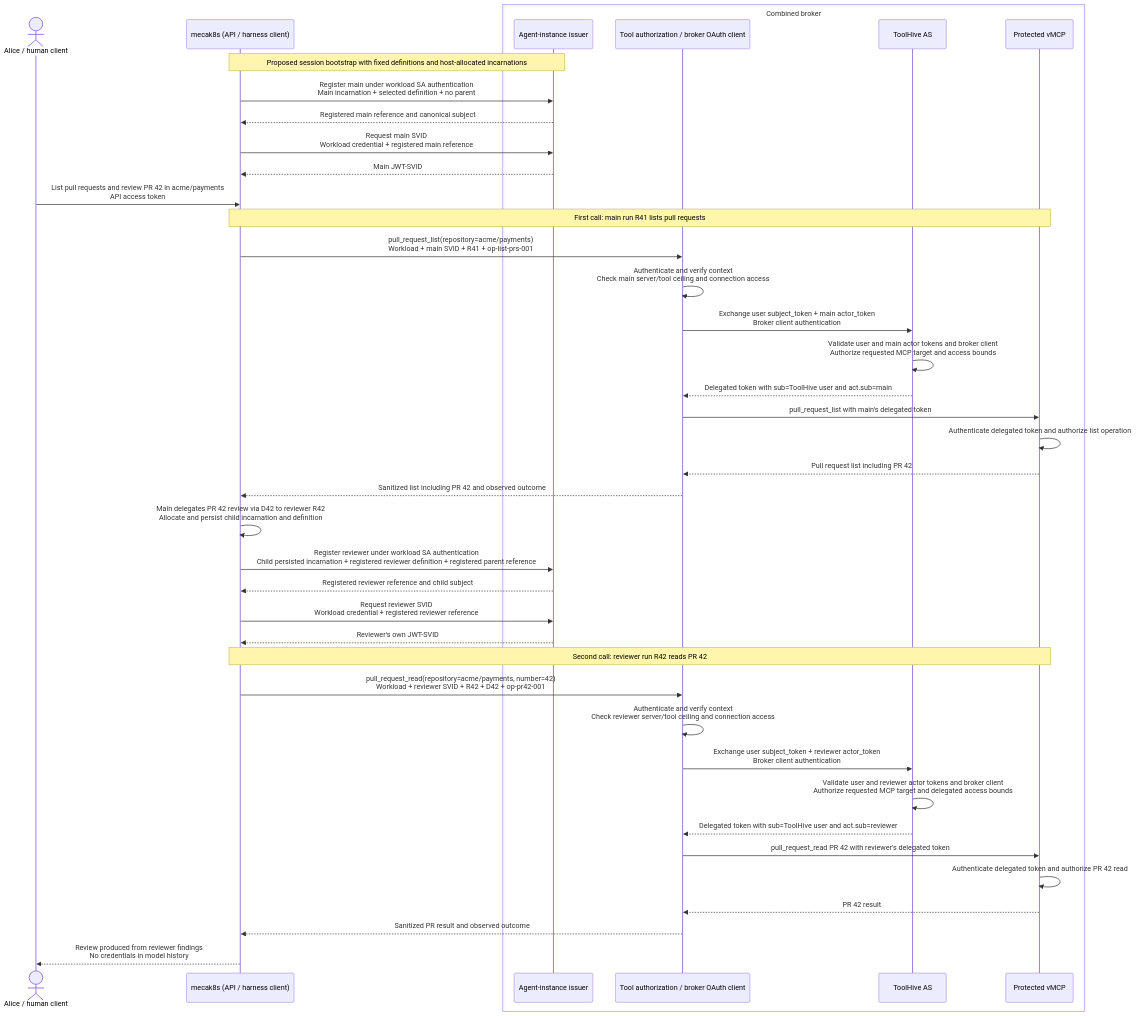
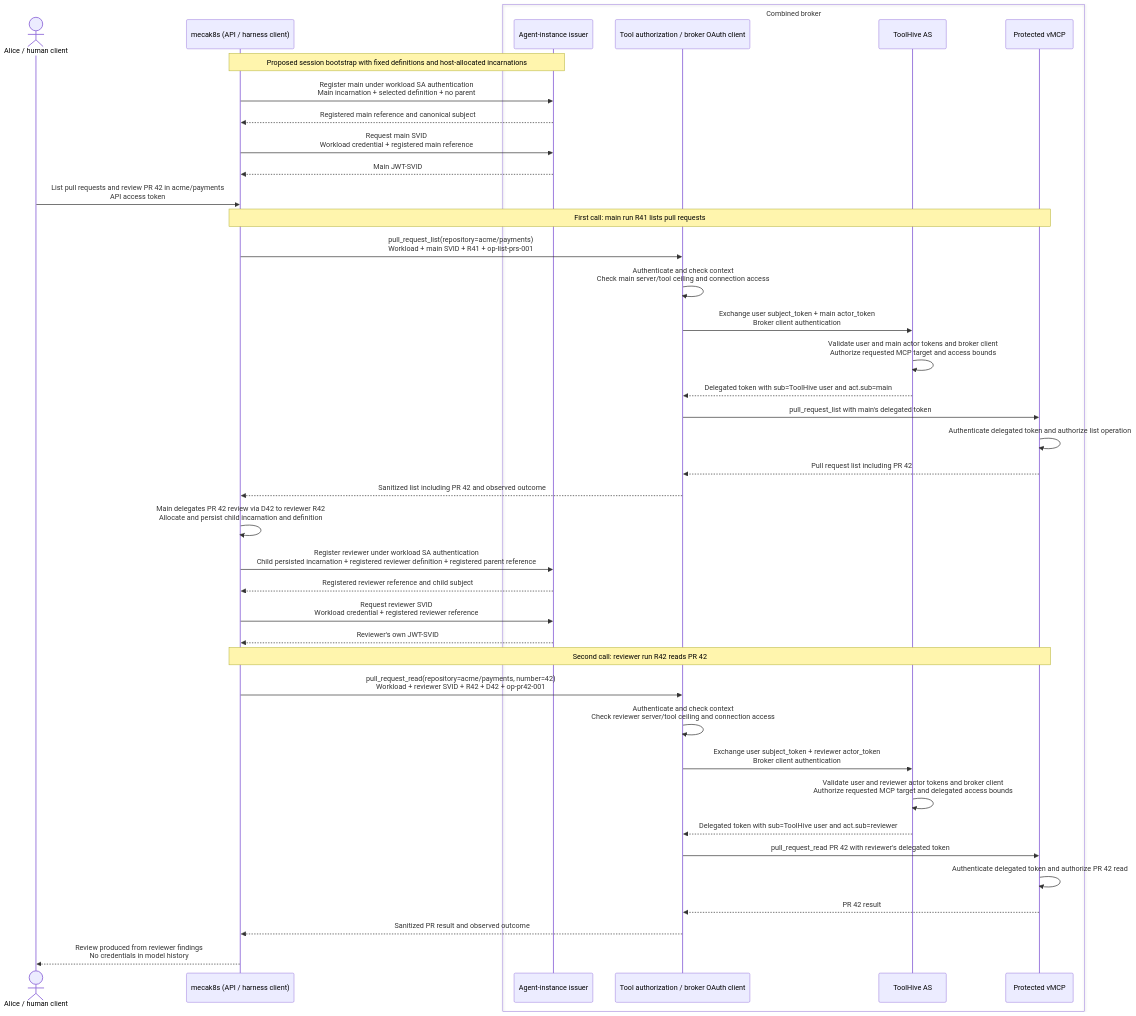
The diagram in docs/drafts/agent-identity/credentials-and-lifecycle.md (stacklok/mecatl), drawn with Mermaid before and after one commit. The commit also changed other lines of this file and 6 other files, not shown here.

````diff
--- a/docs/drafts/agent-identity/credentials-and-lifecycle.md
+++ b/docs/drafts/agent-identity/credentials-and-lifecycle.md
@@ -37,47 +37,47 @@
 ```mermaid
 sequenceDiagram
     actor U as Alice / human client
     participant H as mecak8s (API / harness client)
     box Combined broker
         participant I as Agent-instance issuer
         participant B as Tool authorization / broker OAuth client
         participant A as ToolHive AS
         participant V as Protected vMCP
     end
 
     Note over H,I: Proposed session bootstrap with fixed definitions and host-allocated incarnations
     H->>I: Register main under workload SA authentication<br/>Main incarnation + selected definition + no parent
     I-->>H: Registered main reference and canonical subject
     H->>I: Request main SVID<br/>Workload credential + registered main reference
     I-->>H: Main JWT-SVID
 
     U->>H: List pull requests and review PR 42 in acme/payments<br/>API access token
     Note over H,V: First call: main run R41 lists pull requests
     H->>B: pull_request_list(repository=acme/payments)<br/>Workload + main SVID + R41 + op-list-prs-001
-    B->>B: Authenticate and verify context<br/>Check main server/tool ceiling and connection access
+    B->>B: Authenticate and check context<br/>Check main server/tool ceiling and connection access
     B->>A: Exchange user subject_token + main actor_token<br/>Broker client authentication
     A->>A: Validate user and main actor tokens and broker client<br/>Authorize requested MCP target and access bounds
     A-->>B: Delegated token with sub=ToolHive user and act.sub=main
     B->>V: pull_request_list with main's delegated token
     V->>V: Authenticate delegated token and authorize list operation
     V-->>B: Pull request list including PR 42
     B-->>H: Sanitized list including PR 42 and observed outcome
 
     H->>H: Main delegates PR 42 review via D42 to reviewer R42<br/>Allocate and persist child incarnation and definition
     H->>I: Register reviewer under workload SA authentication<br/>Child persisted incarnation + registered reviewer definition + registered parent reference
     I-->>H: Registered reviewer reference and child subject
     H->>I: Request reviewer SVID<br/>Workload credential + registered reviewer reference
     I-->>H: Reviewer's own JWT-SVID
 
     Note over H,V: Second call: reviewer run R42 reads PR 42
     H->>B: pull_request_read(repository=acme/payments, number=42)<br/>Workload + reviewer SVID + R42 + D42 + op-pr42-001
-    B->>B: Authenticate and verify context<br/>Check reviewer server/tool ceiling and connection access
+    B->>B: Authenticate and check context<br/>Check reviewer server/tool ceiling and connection access
     B->>A: Exchange user subject_token + reviewer actor_token<br/>Broker client authentication
     A->>A: Validate user and reviewer actor tokens and broker client<br/>Authorize requested MCP target and delegated access bounds
     A-->>B: Delegated token with sub=ToolHive user and act.sub=reviewer
     B->>V: pull_request_read PR 42 with reviewer's delegated token
     V->>V: Authenticate delegated token and authorize PR 42 read
     V-->>B: PR 42 result
     B-->>H: Sanitized PR result and observed outcome
     H-->>U: Review produced from reviewer findings<br/>No credentials in model history
 ```
````
